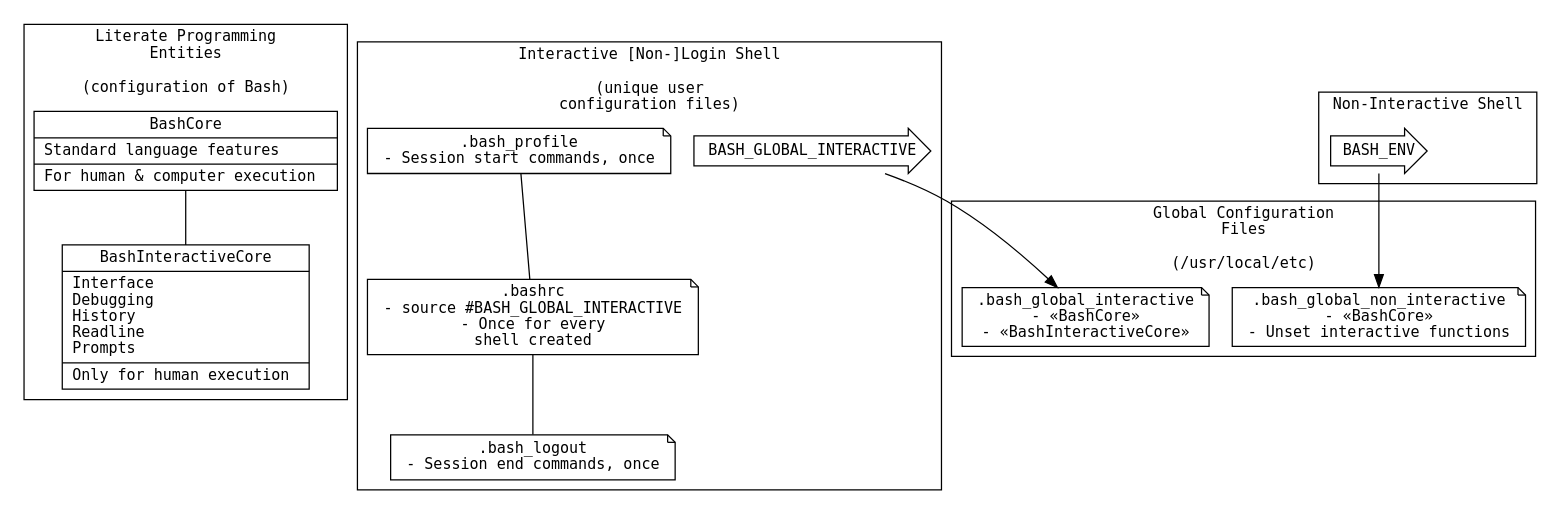
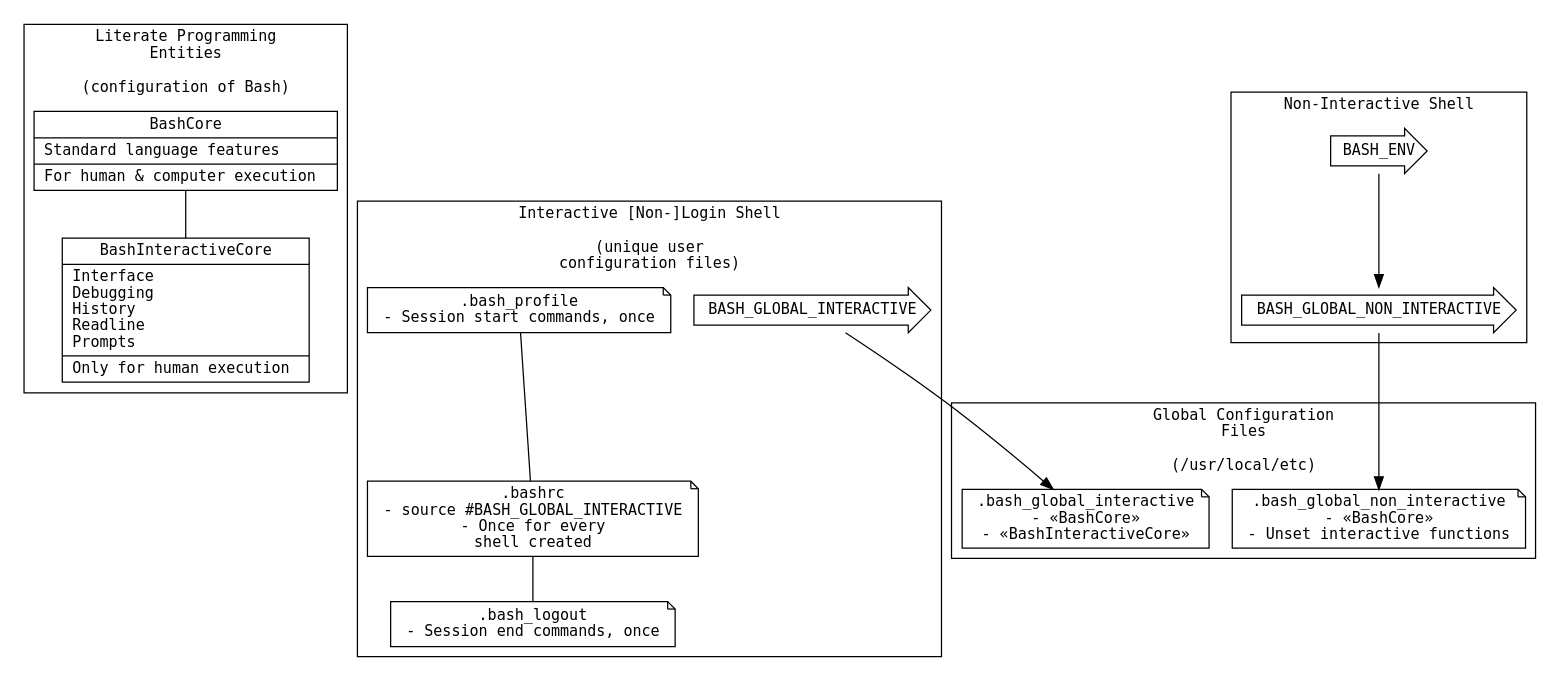
Before and after one commit to grettke/bash: the diagram in bash.org, drawn with Graphviz.

Commit message:
Better names

```diff
--- a/bash.org
+++ b/bash.org
@@ -2430,34 +2430,35 @@
 #+BEGIN_SRC dot :file "./image/version04.png" :wrap "RESULTS"
 digraph version5 {
   fontname = "DejaVu Sans Mono"
   fontsize = 12
   node [shape = "record" fontname = "DejaVu Sans Mono" fontsize = 12]
   subgraph cluster_0 {
     label = "Literate Programming\nEntities\n\n(configuration of Bash)";
     BashCore[label = "{BashCore|Standard language features\l|For human & computer execution\l}"]
     BashInteractiveCore[label = "{BashInteractiveCore|Interface\lDebugging\lHistory\lReadline\lPrompts\l|Only for human execution\l}"]
   }
   subgraph cluster_1 {
     label = "Global Configuration\nFiles\n\n(/usr/local/etc)";
-    BashGlobalNonInteractive[shape = "note" label = ".bash_global_non_interactive\n- «BashCore»\n- Unset interactive functions"]
-    BashGlobalInteractive[shape = "note" label = ".bash_global_interactive\n- «BashCore»\n- «BashInteractiveCore»"]
+    BashGlobalNonInteractiveFile[shape = "note" label = ".bash_global_non_interactive\n- «BashCore»\n- Unset interactive functions"]
+    BashGlobalInteractiveFile[shape = "note" label = ".bash_global_interactive\n- «BashCore»\n- «BashInteractiveCore»"]
   }
   subgraph cluster_2 {
     label = "Interactive [Non-]Login Shell\n\n(unique user\nconfiguration files)";
     BashProfile[shape = "note" label = ".bash_profile\n- Session start commands, once"]
     BashRc[shape = "note" label = ".bashrc\n- source #BASH_GLOBAL_INTERACTIVE\n- Once for every\nshell created"]
     BashLogout[shape = "note" label = ".bash_logout\n- Session end commands, once"]
     BashGlobalInteractiveProp [shape = "rarrow" label = "BASH_GLOBAL_INTERACTIVE"]
   }
   subgraph cluster_3 {
     label = "Non-Interactive Shell";
     BashEnv [shape = "rarrow" label = "BASH_ENV"]
+    BashGlobalNonInteractiveProp [shape = "rarrow" label = "BASH_GLOBAL_NON_INTERACTIVE"]
   }
 
   BashCore -> BashInteractiveCore [arrowhead=none];
   BashProfile -> BashRc [arrowhead=none]
   BashRc -> BashLogout [arrowhead=none];
-  BashEnv -> BashGlobalNonInteractive;
-  BashGlobalInteractiveProp -> BashGlobalInteractive;
+  BashEnv -> BashGlobalNonInteractiveProp -> BashGlobalNonInteractiveFile;
+  BashGlobalInteractiveProp -> BashGlobalInteractiveFile;
 }
 #+END_SRC
```
